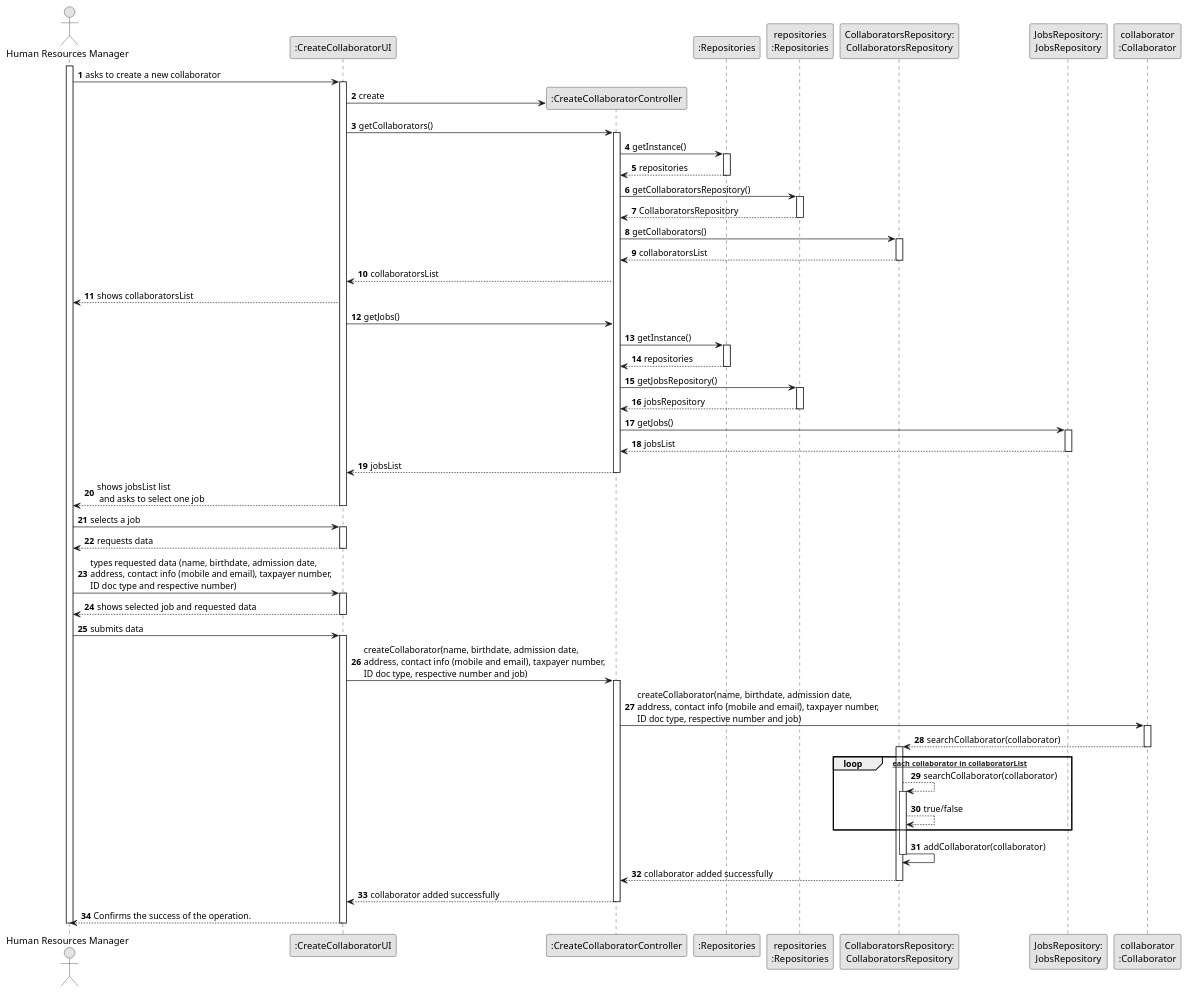
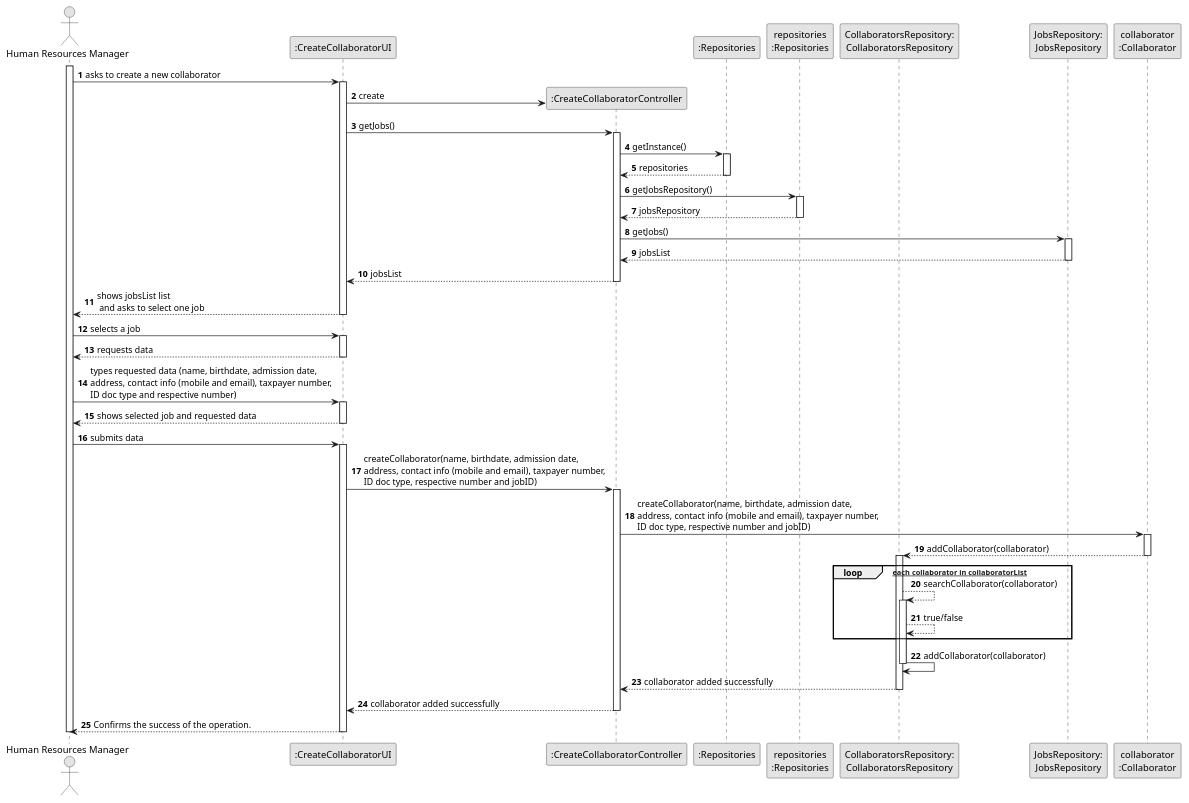
One commit to SAEmanuel/Green_Spaces_Management_ISEP changed the diagram in docs/sprintB/us003/03.design/puml/us003-sequence-diagram-full.puml. Above: the diagram before and after it, drawn with PlantUML.

Commit message:
US3 Sequence diagram eighth draft

```diff
--- a/docs/sprintB/us003/03.design/puml/us003-sequence-diagram-full.puml
+++ b/docs/sprintB/us003/03.design/puml/us003-sequence-diagram-full.puml
@@ -1,124 +1,100 @@
 @startuml
 skinparam monochrome true
 skinparam packageStyle rectangle
 skinparam shadowing false
 
 autonumber
 
 'hide footbox
 actor "Human Resources Manager" as HRM
 participant ":CreateCollaboratorUI" as UI
 participant ":CreateCollaboratorController" as CTRL
 participant ":Repositories" as RepositorySingleton
 participant "repositories\n:Repositories" as PLAT
 participant "CollaboratorsRepository:\nCollaboratorsRepository" as CollaboratorsRepository
 participant "JobsRepository:\nJobsRepository" as JobsRepository
 participant "collaborator\n:Collaborator" as Collaborator
 
 activate HRM
 
         HRM -> UI : asks to create a new collaborator
 
         activate UI
 
             UI -> CTRL** : create
 
-            UI -> CTRL : getCollaborators()
-            activate CTRL
-
-                CTRL -> RepositorySingleton : getInstance()
-                activate RepositorySingleton
-
-                    RepositorySingleton --> CTRL: repositories
-                deactivate RepositorySingleton
-
-                CTRL -> PLAT : getCollaboratorsRepository()
-                activate PLAT
-
-                    PLAT --> CTRL: CollaboratorsRepository
-                deactivate PLAT
-
-                CTRL -> CollaboratorsRepository : getCollaborators()
-                activate CollaboratorsRepository
-
-                    CollaboratorsRepository --> CTRL : collaboratorsList
-                deactivate CollaboratorsRepository
-
-                CTRL --> UI : collaboratorsList
-
-                UI --> HRM : shows collaboratorsList
-
                 UI -> CTRL : getJobs()
+                activate CTRL
 
                 CTRL -> RepositorySingleton : getInstance()
                                 activate RepositorySingleton
 
                                     RepositorySingleton --> CTRL: repositories
                                 deactivate RepositorySingleton
 
                                 CTRL -> PLAT : getJobsRepository()
                                 activate PLAT
 
                                     PLAT --> CTRL: jobsRepository
                                 deactivate PLAT
 
                 CTRL -> JobsRepository : getJobs()
                 activate JobsRepository
 
                     JobsRepository --> CTRL : jobsList
                 deactivate JobsRepository
 
                 CTRL --> UI : jobsList
             deactivate CTRL
 
             UI --> HRM : shows jobsList list\n and asks to select one job
         deactivate UI
 
     HRM -> UI : selects a job
     activate UI
 
         UI --> HRM : requests data
     deactivate UI
 
     HRM -> UI : types requested data (name, birthdate, admission date,\naddress, contact info (mobile and email), taxpayer number,\nID doc type and respective number)
     activate UI
 
         UI --> HRM : shows selected job and requested data
     deactivate UI
 
     HRM -> UI : submits data
     activate UI
 
-        UI -> CTRL : createCollaborator(name, birthdate, admission date,\naddress, contact info (mobile and email), taxpayer number,\nID doc type, respective number and job)
+        UI -> CTRL : createCollaborator(name, birthdate, admission date,\naddress, contact info (mobile and email), taxpayer number,\nID doc type, respective number and jobID)
         activate CTRL
 
-            CTRL -> Collaborator : createCollaborator(name, birthdate, admission date,\naddress, contact info (mobile and email), taxpayer number,\nID doc type, respective number and job)
+            CTRL -> Collaborator : createCollaborator(name, birthdate, admission date,\naddress, contact info (mobile and email), taxpayer number,\nID doc type, respective number and jobID)
             activate Collaborator
 
-            Collaborator --> CollaboratorsRepository : searchCollaborator(collaborator)
+            Collaborator --> CollaboratorsRepository : addCollaborator(collaborator)
             deactivate Collaborator
             activate CollaboratorsRepository
 
             loop [for each collaborator in collaboratorList]
                 CollaboratorsRepository --> CollaboratorsRepository: searchCollaborator(collaborator)
                 activate CollaboratorsRepository
                     CollaboratorsRepository --> CollaboratorsRepository: true/false
             end
 
             CollaboratorsRepository -> CollaboratorsRepository : addCollaborator(collaborator)
                             deactivate CollaboratorsRepository
 
         CollaboratorsRepository --> CTRL : collaborator added successfully
         deactivate CollaboratorsRepository
         deactivate Collaborator
 
         CTRL --> UI: collaborator added successfully
         deactivate CTRL
 
         UI --> HRM: Confirms the success of the operation.
 
     deactivate UI
 
 deactivate HRM
 
 @enduml
```
